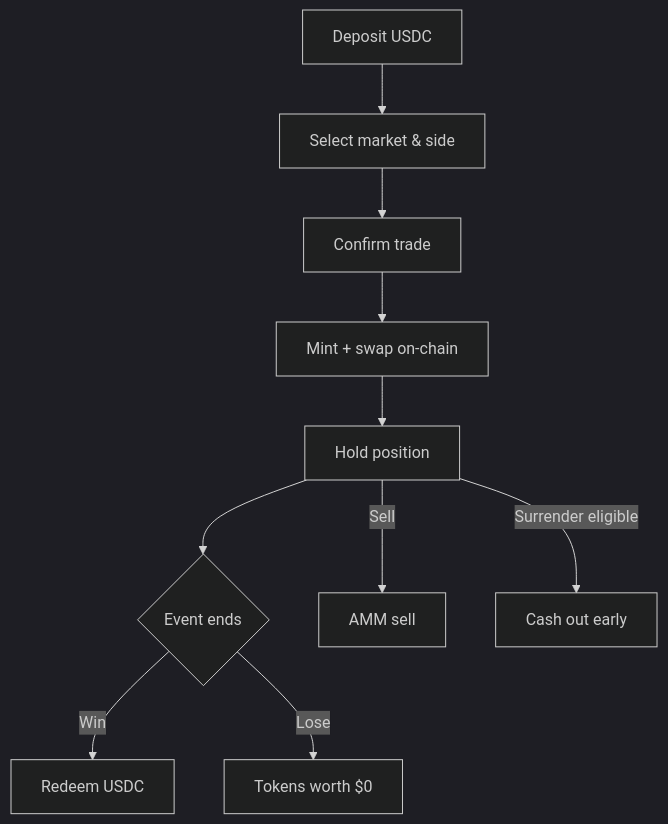
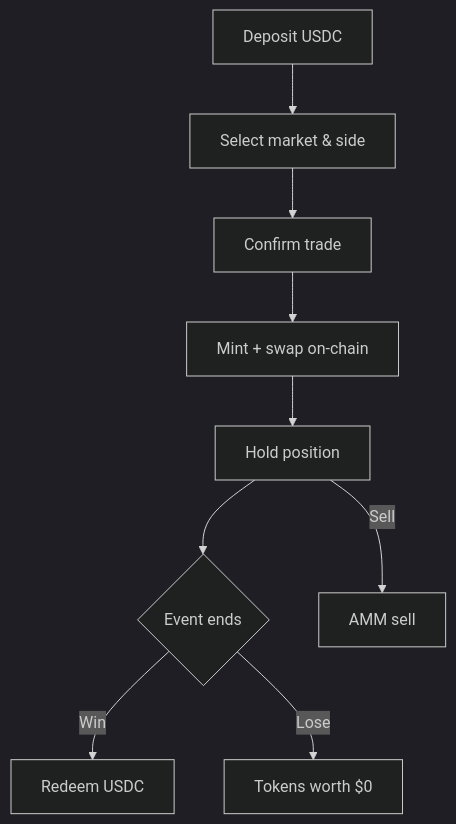
One commit to ezpz-predict/docs changed the diagram in trading/overview.mdx. Above: the diagram before and after it, drawn with Mermaid (dark theme). The commit also changed other lines of this file and 18 other files, not shown here.

First line of the commit message:
docs: remove surrender from player flows

````diff
--- a/trading/overview.mdx
+++ b/trading/overview.mdx
@@ -44,12 +43,11 @@
 ```mermaid
 flowchart TD
   A[Deposit USDC] --> B[Select market & side]
   B --> C[Confirm trade]
   C --> D[Mint + swap on-chain]
   D --> E[Hold position]
   E --> F{Event ends}
   F -->|Win| G[Redeem USDC]
   F -->|Lose| H[Tokens worth $0]
   E -->|Sell| I[AMM sell]
-  E -->|Surrender eligible| J[Cash out early]
 ```
````
